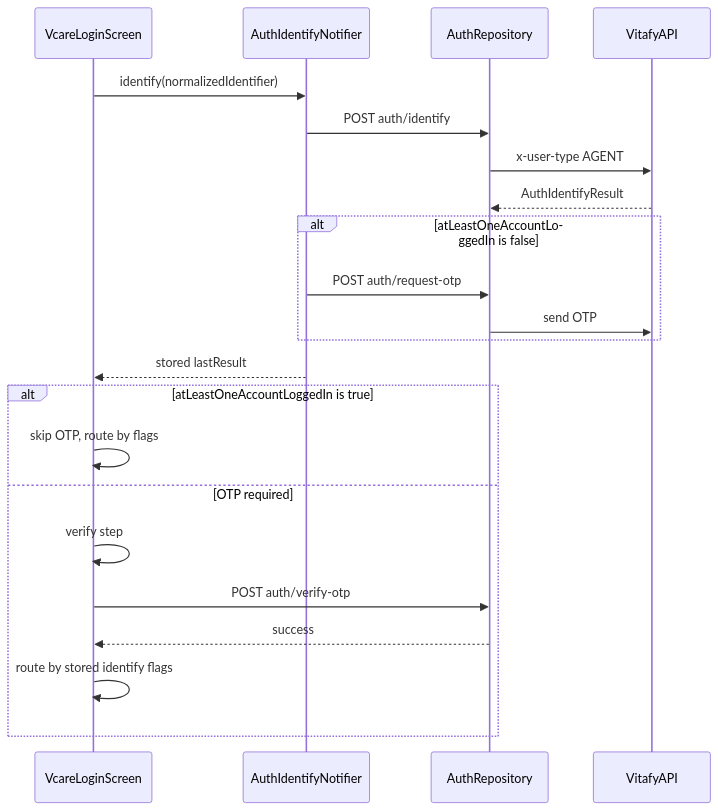
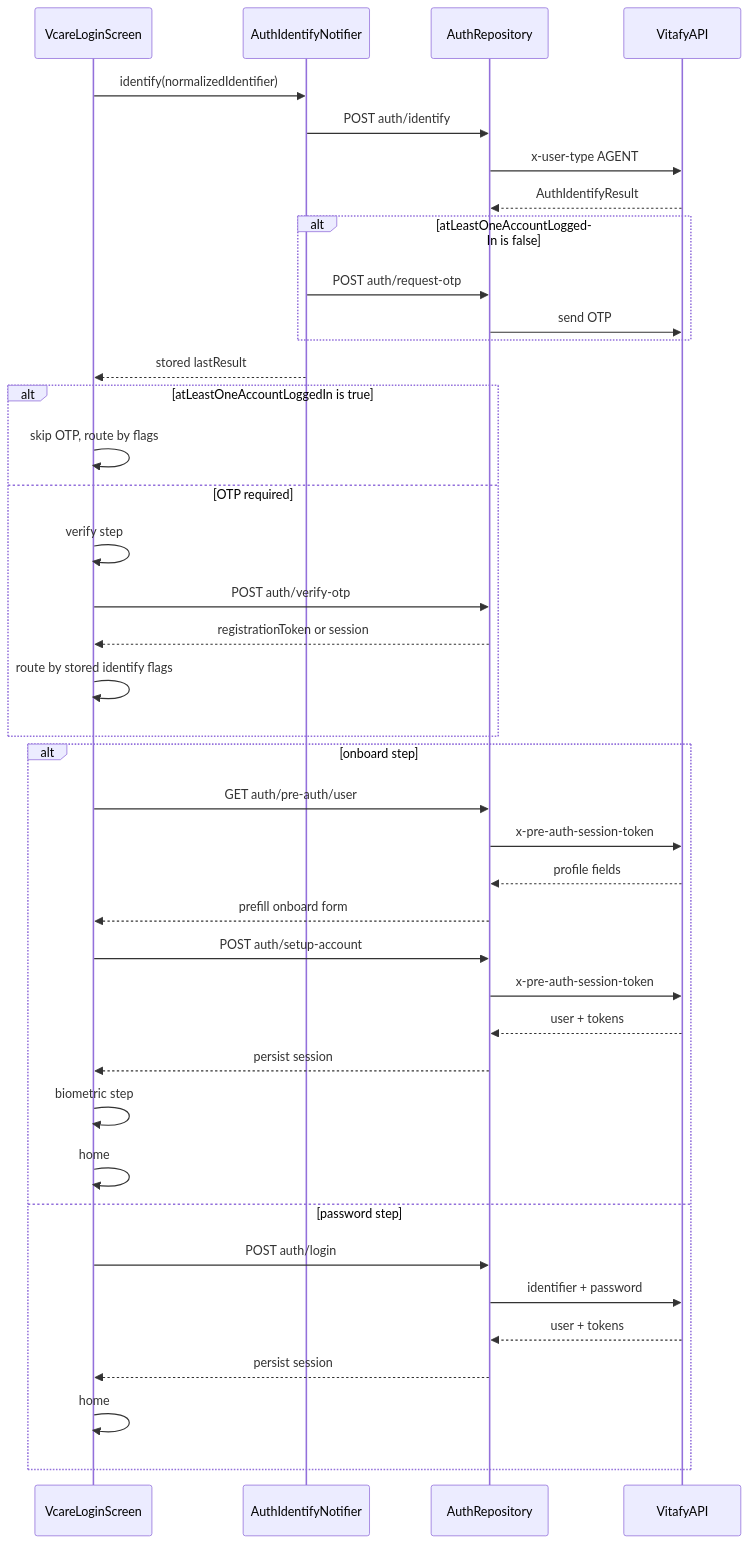
Before and after one commit to sujanbhandari2/VCare-admin: the diagram in docs/auth_identify_flow.md, drawn with Mermaid. The commit also changed other lines of this file and 115 other files, not shown here.

````diff
--- a/docs/auth_identify_flow.md
+++ b/docs/auth_identify_flow.md
@@ -79,28 +183,47 @@
 ```mermaid
 sequenceDiagram
   participant UI as VcareLoginScreen
   participant Identify as AuthIdentifyNotifier
   participant Repo as AuthRepository
   participant API as VitafyAPI
 
   UI->>Identify: identify(normalizedIdentifier)
   Identify->>Repo: POST auth/identify
   Repo->>API: x-user-type AGENT
   API-->>Repo: AuthIdentifyResult
 
   alt atLeastOneAccountLoggedIn is false
     Identify->>Repo: POST auth/request-otp
     Repo->>API: send OTP
   end
 
   Identify-->>UI: stored lastResult
 
   alt atLeastOneAccountLoggedIn is true
     UI->>UI: skip OTP, route by flags
   else OTP required
     UI->>UI: verify step
     UI->>Repo: POST auth/verify-otp
-    Repo-->>UI: success
+    Repo-->>UI: registrationToken or session
     UI->>UI: route by stored identify flags
   end
+
+  alt onboard step
+    UI->>Repo: GET auth/pre-auth/user
+    Repo->>API: x-pre-auth-session-token
+    API-->>Repo: profile fields
+    Repo-->>UI: prefill onboard form
+    UI->>Repo: POST auth/setup-account
+    Repo->>API: x-pre-auth-session-token
+    API-->>Repo: user + tokens
+    Repo-->>UI: persist session
+    UI->>UI: biometric step
+    UI->>UI: home
+  else password step
+    UI->>Repo: POST auth/login
+    Repo->>API: identifier + password
+    API-->>Repo: user + tokens
+    Repo-->>UI: persist session
+    UI->>UI: home
+  end
 ```
````
